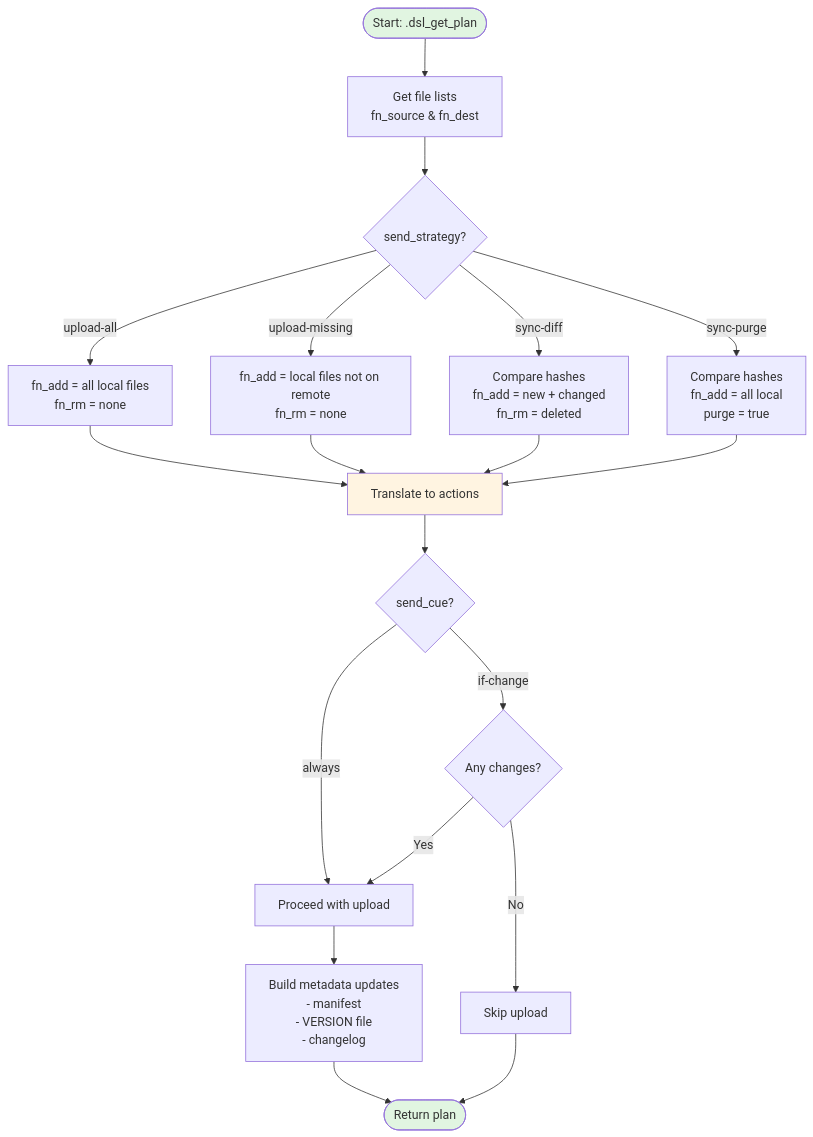
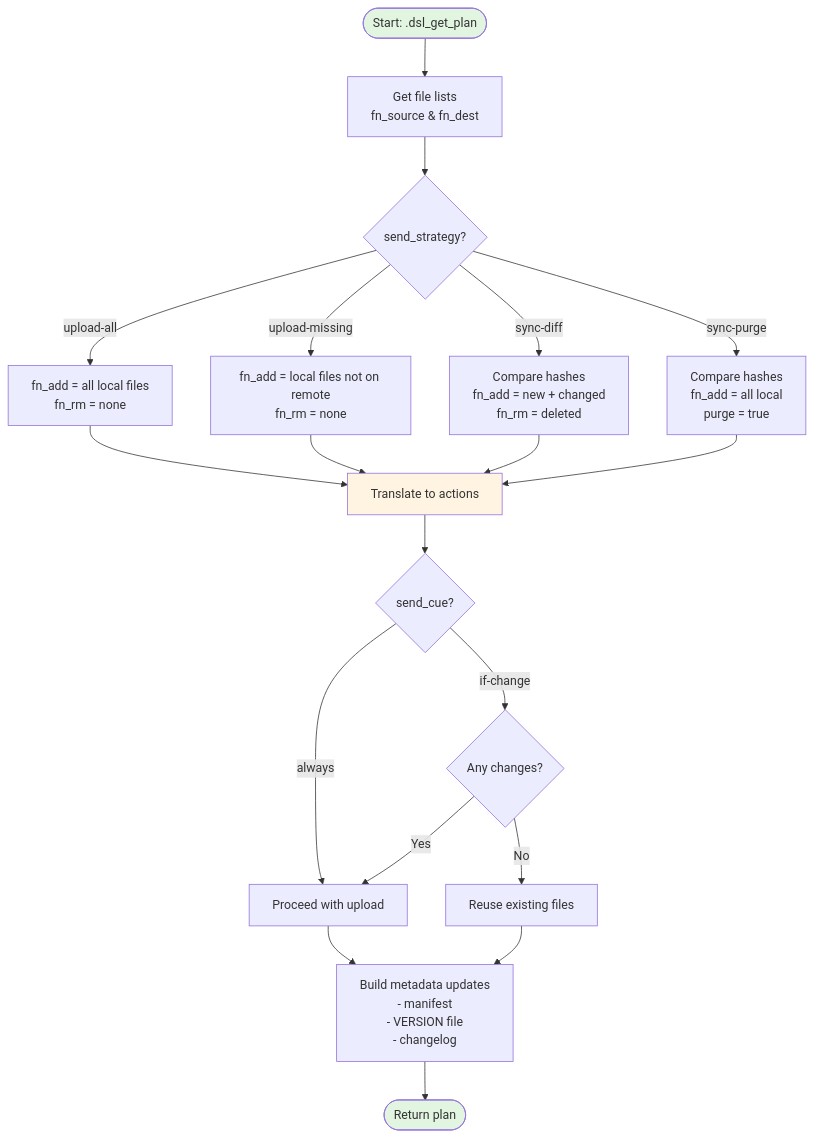
The second of 4 diagrams in vignettes/dest-send-workflow.Rmd (SATVILab/projr), drawn with Mermaid before and after one commit. The commit also changed other lines of this file and 14 other files, not shown here.

````diff
--- a/vignettes/dest-send-workflow.Rmd
+++ b/vignettes/dest-send-workflow.Rmd
@@ -107,31 +107,31 @@
 ```mermaid
 flowchart TD
     Start([Start: .dsl_get_plan]) --> GetFilenames[Get file lists<br/>fn_source & fn_dest]
     
     GetFilenames --> Strategy{send_strategy?}
     
     Strategy -->|upload-all| UploadAll[fn_add = all local files<br/>fn_rm = none]
     Strategy -->|upload-missing| UploadMissing[fn_add = local files not on remote<br/>fn_rm = none]
     Strategy -->|sync-diff| SyncDiff[Compare hashes<br/>fn_add = new + changed<br/>fn_rm = deleted]
     Strategy -->|sync-purge| SyncPurge[Compare hashes<br/>fn_add = all local<br/>purge = true]
     
     UploadAll --> BuildActions[Translate to actions]
     UploadMissing --> BuildActions
     SyncDiff --> BuildActions
     SyncPurge --> BuildActions
     
     BuildActions --> CheckCue{send_cue?}
     CheckCue -->|always| ProceedSend[Proceed with upload]
     CheckCue -->|if-change| CheckChanges{Any changes?}
     
     CheckChanges -->|Yes| ProceedSend
-    CheckChanges -->|No| SkipSend[Skip upload]
+    CheckChanges -->|No| SkipSend[Reuse existing files]
     
     ProceedSend --> BuildMetadata[Build metadata updates<br/>- manifest<br/>- VERSION file<br/>- changelog]
-    SkipSend --> End
+    SkipSend --> BuildMetadata
     BuildMetadata --> End([Return plan])
     
     style Start fill:#e1f5e1
     style End fill:#e1f5e1
     style BuildActions fill:#fff4e1
 ```
````
